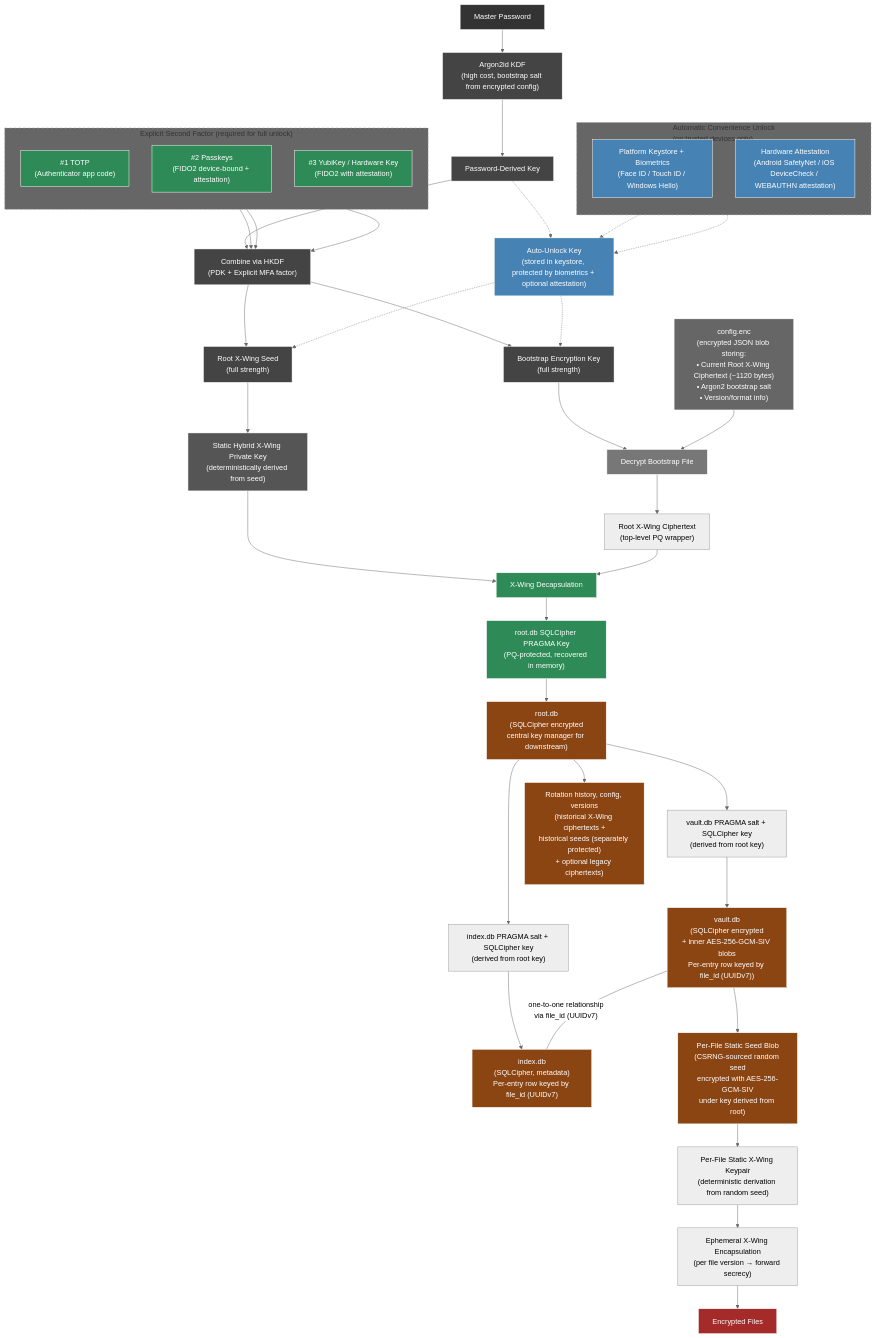
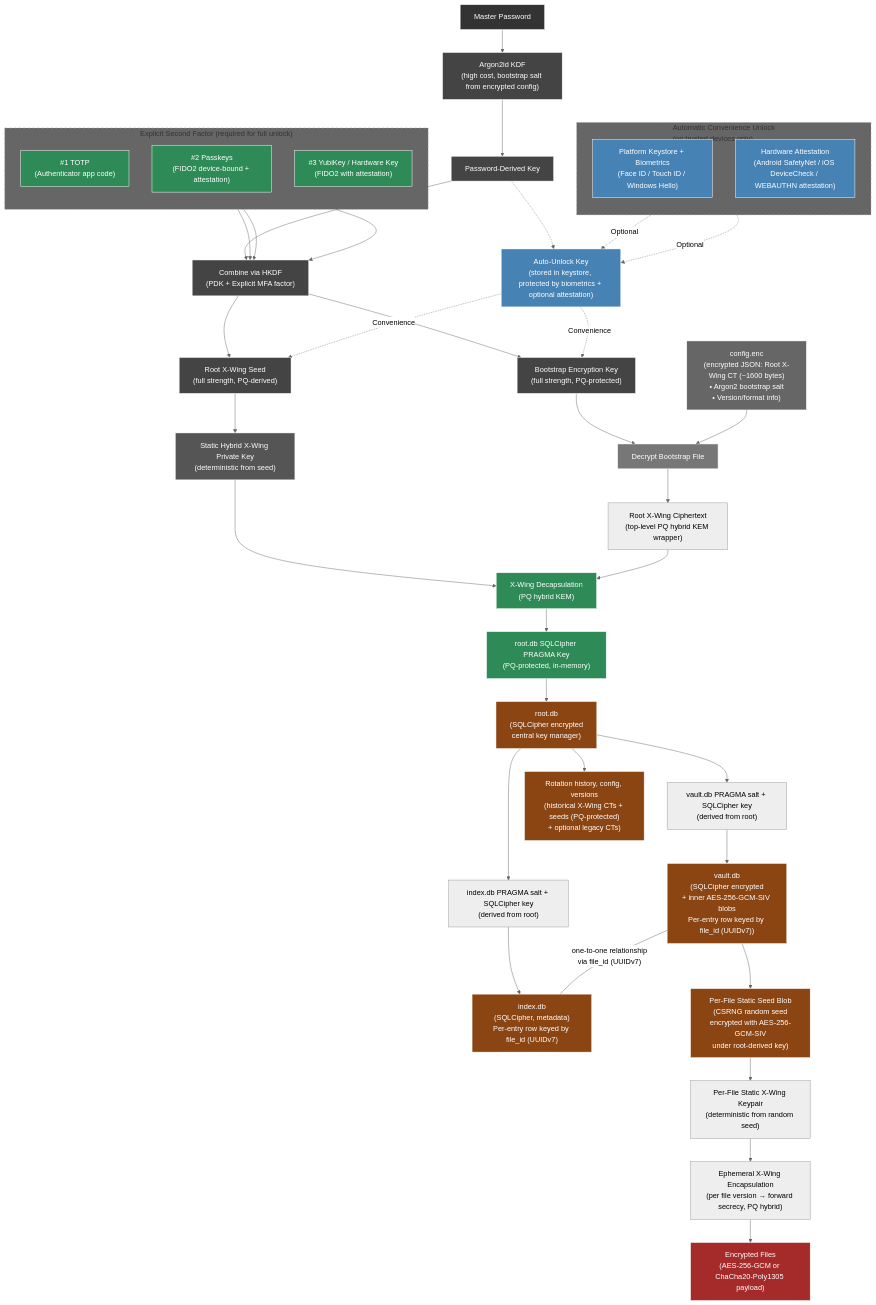
The diagram in docs/pqfc_flowchart.md (Slurp9187/pq-file-crypt), drawn with Mermaid (neutral theme) before and after one commit. The commit also changed other lines of this file and 7 other files, not shown here.

```diff
--- a/docs/pqfc_flowchart.md
+++ b/docs/pqfc_flowchart.md
@@ -22,42 +28,42 @@
         Attestation["Hardware Attestation<br/>(Android SafetyNet / iOS DeviceCheck / WEBAUTHN attestation)"]
     end
 
-    Keystore -.-> AutoCombine
-    Attestation -.-> AutoCombine
+    Keystore -.->|Optional| AutoCombine
+    Attestation -.->|Optional| AutoCombine
 
     PDK -.-> AutoCombine["Auto-Unlock Key<br/>(stored in keystore, protected by biometrics + optional attestation)"]
 
-    CombineExplicit --> BEK["Bootstrap Encryption Key<br/>(full strength)"]
-    CombineExplicit --> RootXWingSeed["Root X-Wing Seed<br/>(full strength)"]
+    CombineExplicit --> BEK["Bootstrap Encryption Key<br/>(full strength, PQ-protected)"]
+    CombineExplicit --> RootXWingSeed["Root X-Wing Seed<br/>(full strength, PQ-derived)"]
 
-    AutoCombine -.-> BEK
-    AutoCombine -.-> RootXWingSeed
+    AutoCombine -.->|Convenience| BEK
+    AutoCombine -.->|Convenience| RootXWingSeed
 
     BEK --> DecryptBootstrap["Decrypt Bootstrap File"]
-    ConfigEnc["config.enc<br/>(encrypted JSON blob storing:<br/>• Current Root X-Wing Ciphertext (~1120 bytes)<br/>• Argon2 bootstrap salt<br/>• Version/format info)"] --> DecryptBootstrap
-    DecryptBootstrap --> RootCT["Root X-Wing Ciphertext<br/>(top-level PQ wrapper)"]
+    ConfigEnc["config.enc<br/>(encrypted JSON: Root X-Wing CT (~1600 bytes)<br/>• Argon2 bootstrap salt<br/>• Version/format info)"] --> DecryptBootstrap
+    DecryptBootstrap --> RootCT["Root X-Wing Ciphertext<br/>(top-level PQ hybrid KEM wrapper)"]
 
-    RootXWingSeed --> StaticSK["Static Hybrid X-Wing Private Key<br/>(deterministically derived from seed)"]
+    RootXWingSeed --> StaticSK["Static Hybrid X-Wing Private Key<br/>(deterministic from seed)"]
 
-    StaticSK --> Decaps["X-Wing Decapsulation"]
+    StaticSK --> Decaps["X-Wing Decapsulation<br/>(PQ hybrid KEM)"]
     RootCT --> Decaps
-    Decaps --> RootKey["root.db SQLCipher PRAGMA Key<br/>(PQ-protected, recovered in memory)"]
+    Decaps --> RootKey["root.db SQLCipher PRAGMA Key<br/>(PQ-protected, in-memory)"]
 
-    RootKey --> rootDB["root.db<br/>(SQLCipher encrypted<br/>central key manager for downstream)"]
+    RootKey --> rootDB["root.db<br/>(SQLCipher encrypted<br/>central key manager)"]
 
-    rootDB --> VaultKey["vault.db PRAGMA salt + SQLCipher key<br/>(derived from root key)"]
-    rootDB --> IndexKey["index.db PRAGMA salt + SQLCipher key<br/>(derived from root key)"]
-    rootDB --> History["Rotation history, config, versions<br/>(historical X-Wing ciphertexts +<br/>historical seeds (separately protected)<br/>+ optional legacy ciphertexts)"]
+    rootDB --> VaultKey["vault.db PRAGMA salt + SQLCipher key<br/>(derived from root)"]
+    rootDB --> IndexKey["index.db PRAGMA salt + SQLCipher key<br/>(derived from root)"]
+    rootDB --> History["Rotation history, config, versions<br/>(historical X-Wing CTs + seeds (PQ-protected)<br/>+ optional legacy CTs)"]
 
     VaultKey --> vaultDB["vault.db<br/>(SQLCipher encrypted<br/>+ inner AES-256-GCM-SIV blobs<br/>Per-entry row keyed by file_id (UUIDv7))"]
     IndexKey --> indexDB["index.db<br/>(SQLCipher, metadata)<br/>Per-entry row keyed by file_id (UUIDv7)"]
 
     vaultDB -- "one-to-one relationship<br/>via file_id (UUIDv7)" --- indexDB
 
-    vaultDB --> SeedBlob["Per-File Static Seed Blob<br/>(CSRNG-sourced random seed<br/>encrypted with AES-256-GCM-SIV<br/>under key derived from root)"]
-    SeedBlob --> PerFileStatic["Per-File Static X-Wing Keypair<br/>(deterministic derivation from random seed)"]
-    PerFileStatic --> Ephemeral["Ephemeral X-Wing Encapsulation<br/>(per file version → forward secrecy)"]
-    Ephemeral --> Files["Encrypted Files"]
+    vaultDB --> SeedBlob["Per-File Static Seed Blob<br/>(CSRNG random seed<br/>encrypted with AES-256-GCM-SIV<br/>under root-derived key)"]
+    SeedBlob --> PerFileStatic["Per-File Static X-Wing Keypair<br/>(deterministic from random seed)"]
+    PerFileStatic --> Ephemeral["Ephemeral X-Wing Encapsulation<br/>(per file version → forward secrecy, PQ hybrid)"]
+    Ephemeral --> Files["Encrypted Files<br/>(AES-256-GCM or ChaCha20-Poly1305 payload)"]
 
     style MP fill:#333,stroke:#fff,color:#fff
     style Argon fill:#444,stroke:#fff,color:#fff
```
